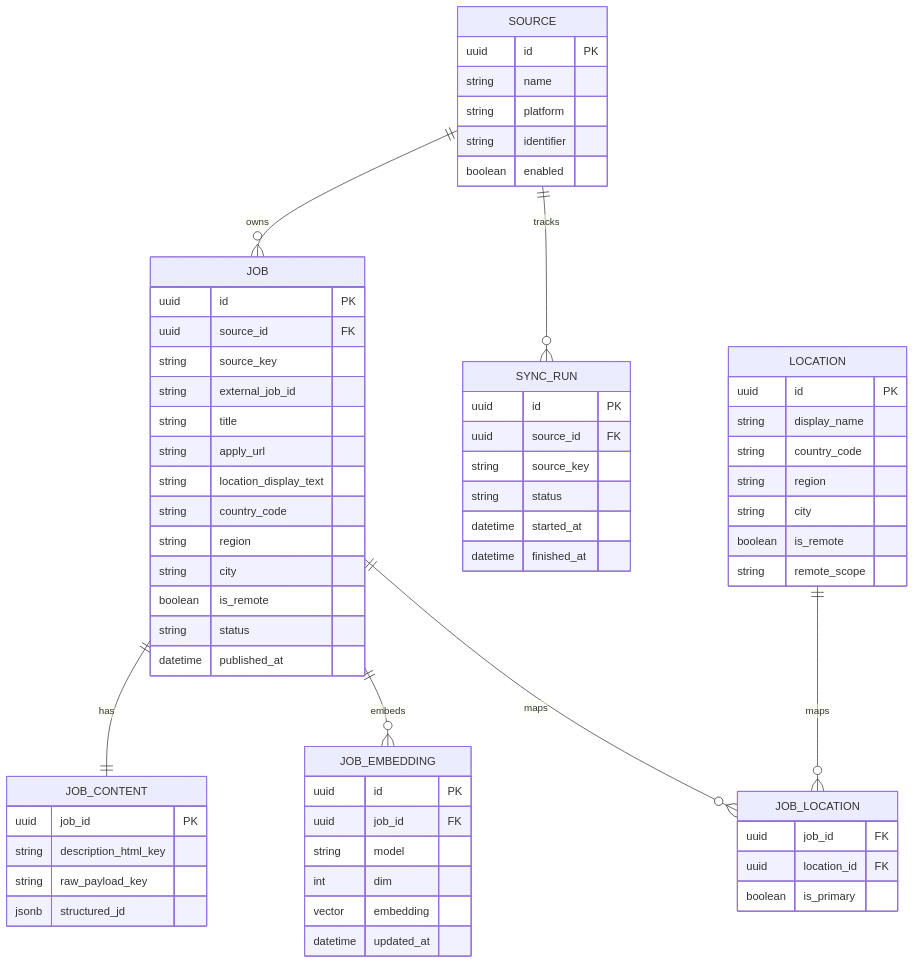
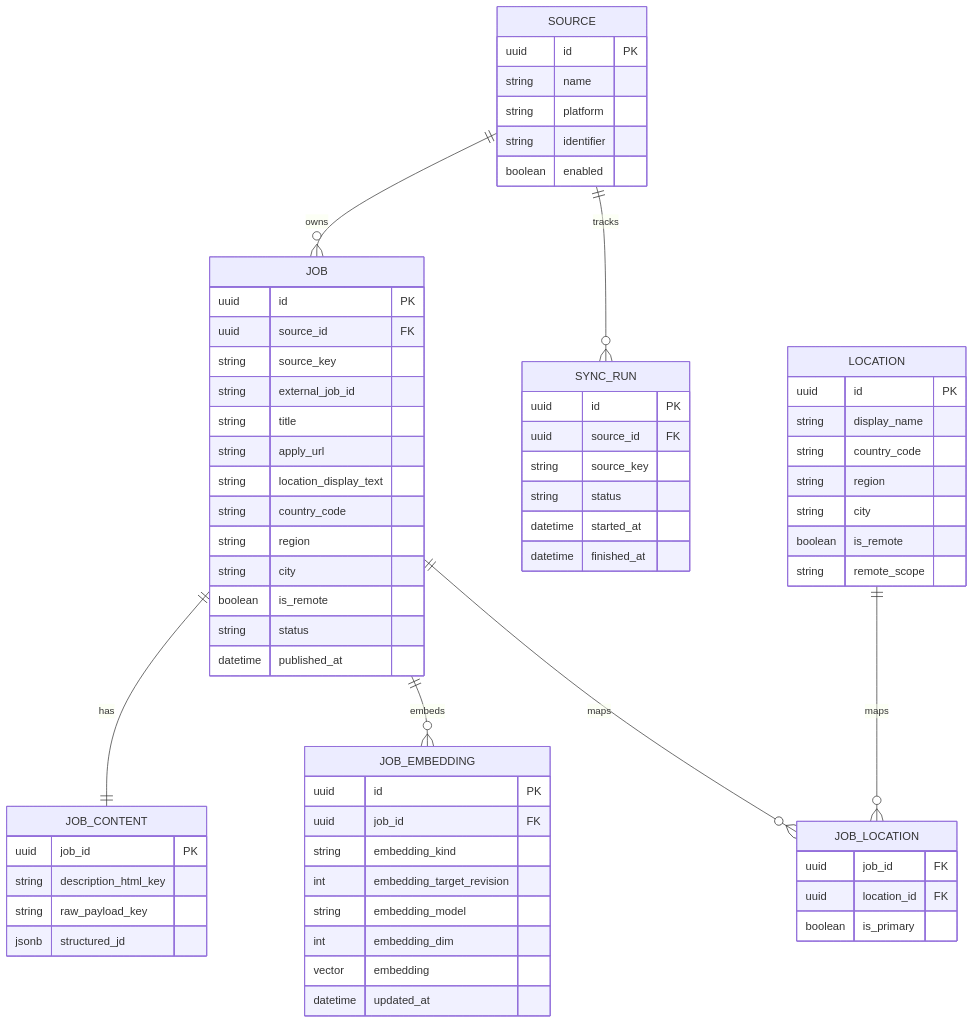
One commit to DengNaichen/job changed the fourth of 5 diagrams in docs/architecture/README.md. Above: the diagram before and after it, drawn with Mermaid. The commit also changed other lines of this file and 7 other files, not shown here.

````diff
--- a/docs/architecture/README.md
+++ b/docs/architecture/README.md
@@ -185,74 +194,76 @@
 ```mermaid
 erDiagram
     SOURCE {
         uuid id PK
         string name
         string platform
         string identifier
         boolean enabled
     }
 
     JOB {
         uuid id PK
         uuid source_id FK
         string source_key
         string external_job_id
         string title
         string apply_url
         string location_display_text
         string country_code
         string region
         string city
         boolean is_remote
         string status
         datetime published_at
     }
 
     JOB_CONTENT {
         uuid job_id PK
         string description_html_key
         string raw_payload_key
         jsonb structured_jd
     }
 
     JOB_EMBEDDING {
         uuid id PK
         uuid job_id FK
-        string model
-        int dim
+        string embedding_kind
+        int embedding_target_revision
+        string embedding_model
+        int embedding_dim
         vector embedding
         datetime updated_at
     }
 
     SYNC_RUN {
         uuid id PK
         uuid source_id FK
         string source_key
         string status
         datetime started_at
         datetime finished_at
     }
 
     LOCATION {
         uuid id PK
         string display_name
         string country_code
         string region
         string city
         boolean is_remote
         string remote_scope
     }
 
     JOB_LOCATION {
         uuid job_id FK
         uuid location_id FK
         boolean is_primary
     }
 
     SOURCE ||--o{ JOB : owns
     SOURCE ||--o{ SYNC_RUN : tracks
     JOB ||--|| JOB_CONTENT : has
     JOB ||--o{ JOB_EMBEDDING : embeds
     JOB ||--o{ JOB_LOCATION : maps
     LOCATION ||--o{ JOB_LOCATION : maps
 ```
````
